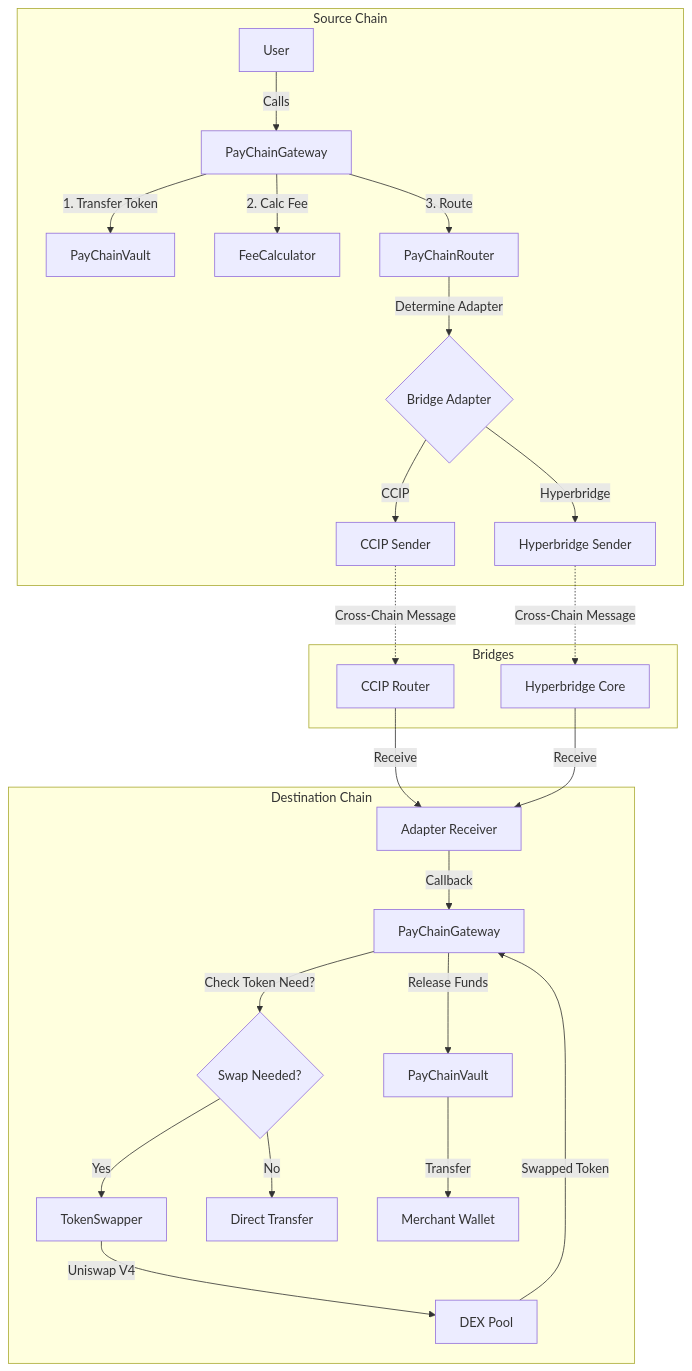
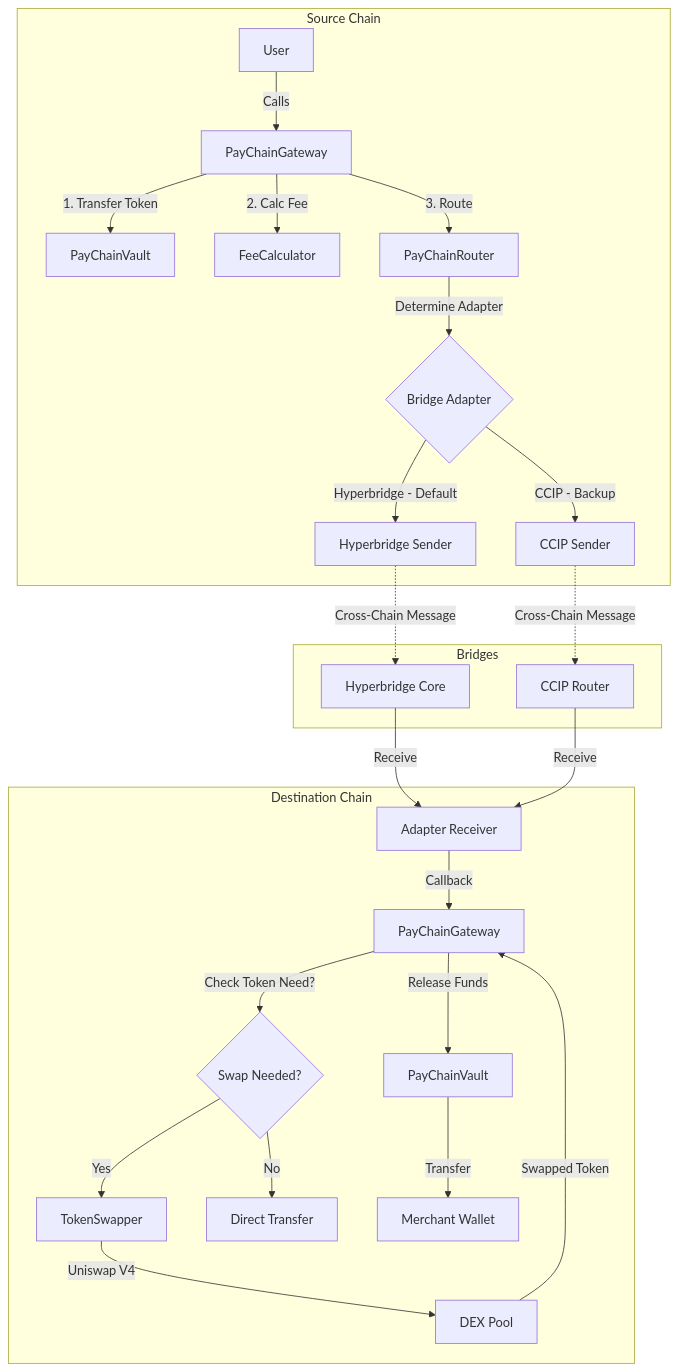
The second of 4 diagrams in README.md (Pay-Chain/pay-chain.evm.smartcontract), drawn with Mermaid before and after one commit. The commit also changed other lines of this file and 2 other files, not shown here.

Commit message:
change main crosschain bridge priority from CCIP to Hyperbridge

````diff
--- a/README.md
+++ b/README.md
@@ -53,36 +53,36 @@
 ```mermaid
 flowchart TD
     subgraph Source Chain
         S_User[User] -->|Calls| S_Gateway[PayChainGateway]
-        S_Gateway -->|1. Transfer Token| S_Vault[PayChainVault]
-        S_Gateway -->|2. Calc Fee| S_FeeCalc[FeeCalculator]
-        S_Gateway -->|3. Route| S_Router[PayChainRouter]
+        S_Gateway -->|"1. Transfer Token"| S_Vault[PayChainVault]
+        S_Gateway -->|"2. Calc Fee"| S_FeeCalc[FeeCalculator]
+        S_Gateway -->|"3. Route"| S_Router[PayChainRouter]
         
-        S_Router -->|Determine Adapter| S_Adapter{Bridge Adapter}
-        S_Adapter -->|CCIP| S_CCIP[CCIP Sender]
-        S_Adapter -->|Hyperbridge| S_HB[Hyperbridge Sender]
+        S_Router -->|"Determine Adapter"| S_Adapter{Bridge Adapter}
+        S_Adapter -->|Hyperbridge - Default| S_HB[Hyperbridge Sender]
+        S_Adapter -->|CCIP - Backup| S_CCIP[CCIP Sender]
     end
 
     subgraph Bridges
-        S_CCIP -.->|Cross-Chain Message| D_CCIP[CCIP Router]
-        S_HB -.->|Cross-Chain Message| D_HB[Hyperbridge Core]
+        S_HB -.->|"Cross-Chain Message"| D_HB[Hyperbridge Core]
+        S_CCIP -.->|"Cross-Chain Message"| D_CCIP[CCIP Router]
     end
 
     subgraph Destination Chain
-        D_CCIP -->|Receive| D_Receiver[Adapter Receiver]
-        D_HB -->|Receive| D_Receiver
+        D_HB -->|Receive| D_Receiver[Adapter Receiver]
+        D_CCIP -->|Receive| D_Receiver
         
         D_Receiver -->|Callback| D_Gateway[PayChainGateway]
         
-        D_Gateway -->|Check Token Need?| D_CheckToken{Swap Needed?}
+        D_Gateway -->|"Check Token Need?"| D_CheckToken{Swap Needed?}
         
         D_CheckToken -->|Yes| D_Swapper[TokenSwapper]
-        D_Swapper -->|Uniswap V4| D_Dex[DEX Pool]
-        D_Dex -->|Swapped Token| D_Gateway
+        D_Swapper -->|"Uniswap V4"| D_Dex[DEX Pool]
+        D_Dex -->|"Swapped Token"| D_Gateway
         
         D_CheckToken -->|No| D_Direct[Direct Transfer]
         
-        D_Gateway -->|Release Funds| D_Vault[PayChainVault]
+        D_Gateway -->|"Release Funds"| D_Vault[PayChainVault]
         D_Vault -->|Transfer| D_Merchant[Merchant Wallet]
     end
 ```
````
